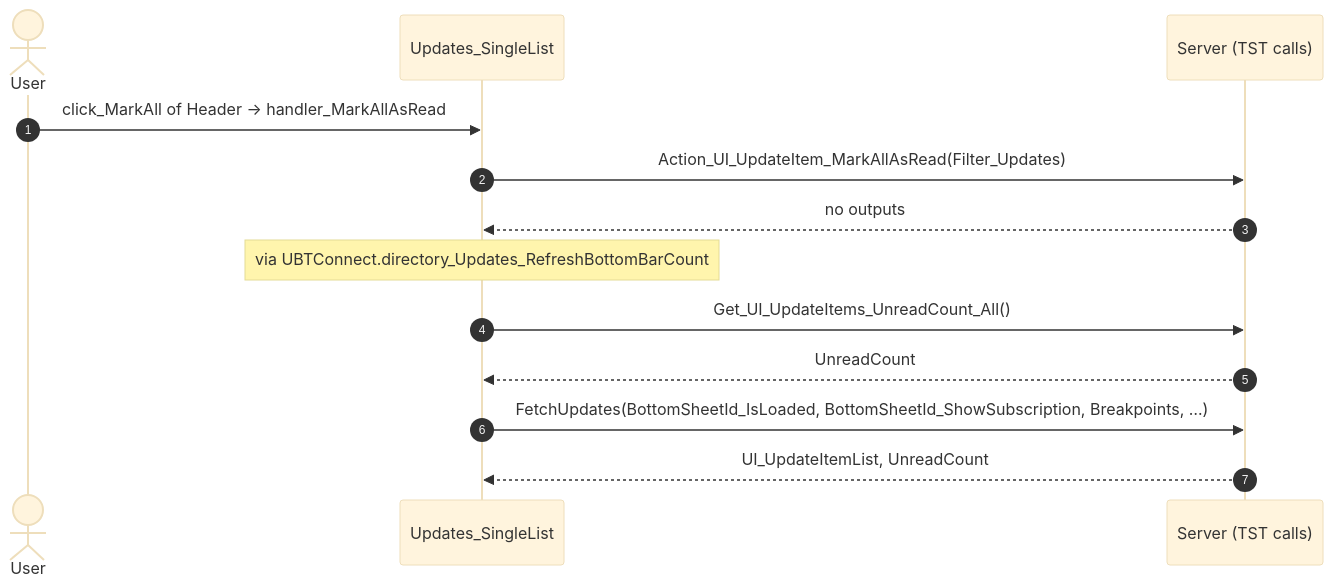
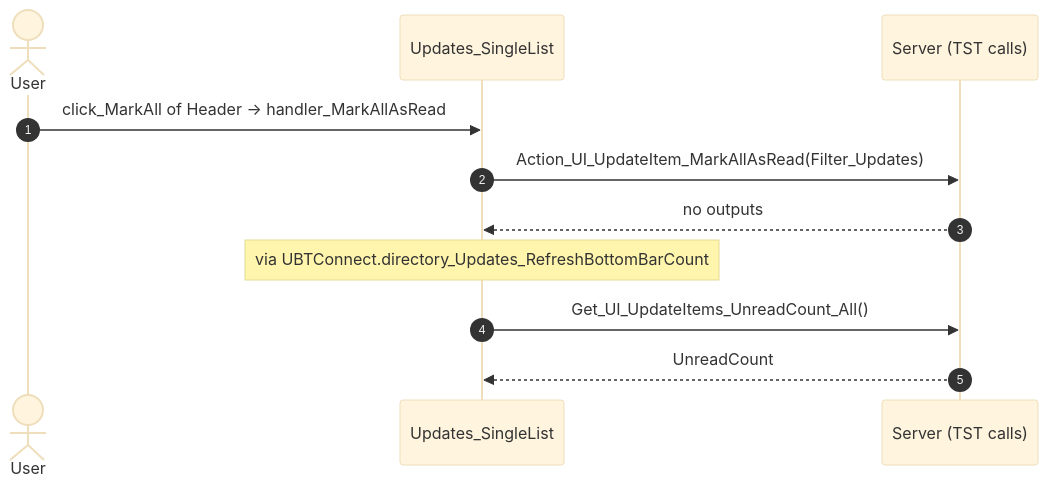
Before and after one commit to Phoenix-DX/connect-new-ui: the first of 12 diagrams in route-actions/routes/Updates_SingleList.md, drawn with Mermaid (base theme). The commit also changed other lines of this file and 192 other files, not shown here.

````diff
--- a/route-actions/routes/Updates_SingleList.md
+++ b/route-actions/routes/Updates_SingleList.md
@@ -104,15 +101,13 @@
 ```mermaid
 sequenceDiagram
   autonumber
   actor U as User
   participant B as Updates_SingleList
   participant S as Server (TST calls)
   U->>B: click_MarkAll of Header → handler_MarkAllAsRead
   B->>S: Action_UI_UpdateItem_MarkAllAsRead(Filter_Updates)
   S-->>B: no outputs
   Note over B: via UBTConnect.directory_Updates_RefreshBottomBarCount
   B->>S: Get_UI_UpdateItems_UnreadCount_All()
   S-->>B: UnreadCount
-  B->>S: FetchUpdates(BottomSheetId_IsLoaded, BottomSheetId_ShowSubscription, Breakpoints, …)
-  S-->>B: UI_UpdateItemList, UnreadCount
 ```
````
